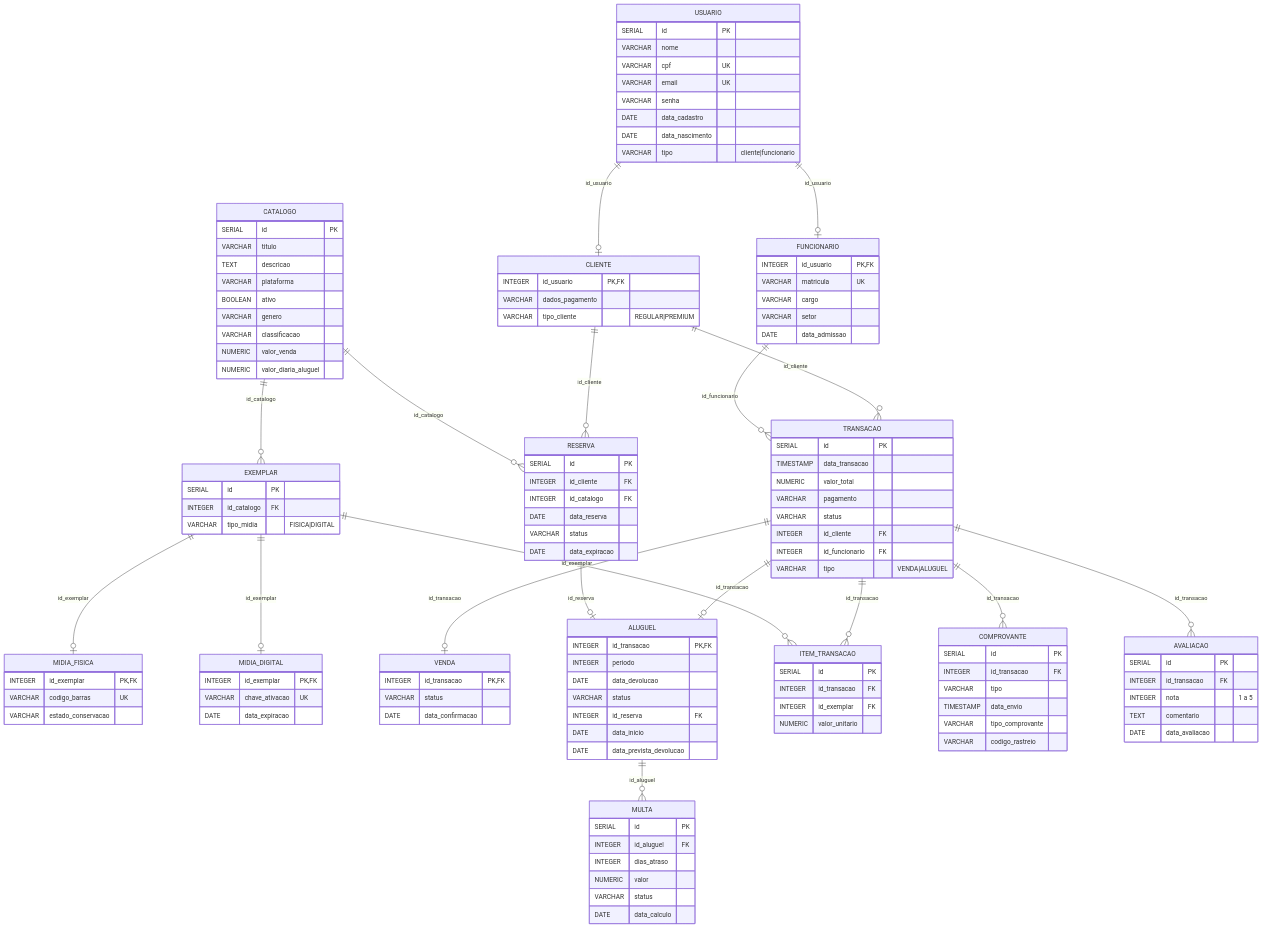
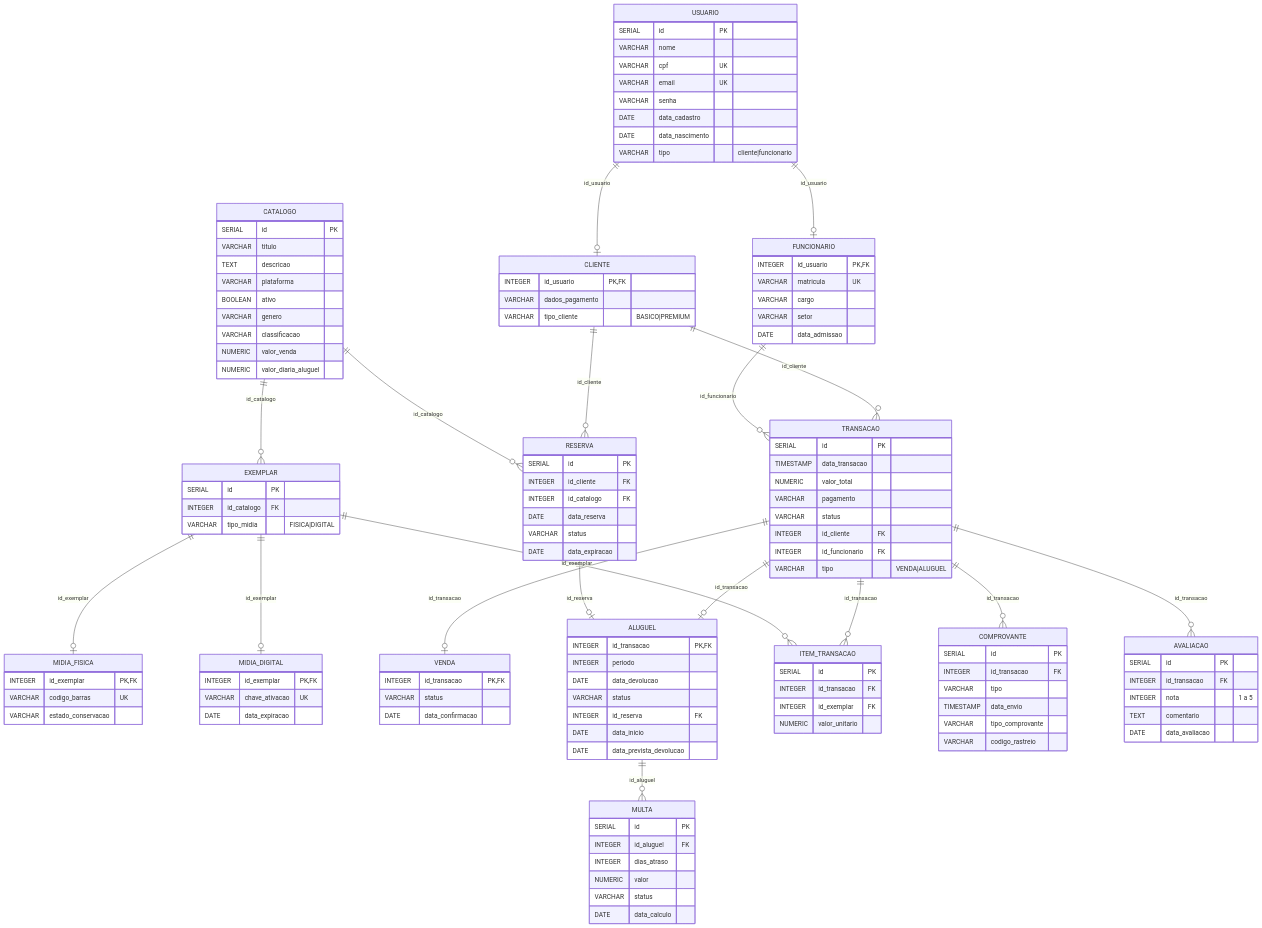
Before and after one commit to JunhaumHayden/retrohub-project: the second of 2 diagrams in resources/database/README.md, drawn with Mermaid. The commit also changed other lines of this file and 54 other files, not shown here.

```diff
--- a/resources/database/README.md
+++ b/resources/database/README.md
@@ -176,7 +176,7 @@
     CLIENTE {
         INTEGER id_usuario PK,FK
         VARCHAR dados_pagamento
-        VARCHAR tipo_cliente "REGULAR|PREMIUM"
+        VARCHAR tipo_cliente "BASICO|PREMIUM"
     }
 
     CATALOGO {
```
